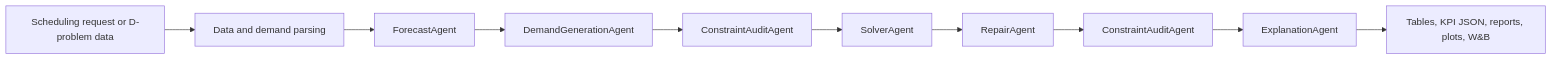
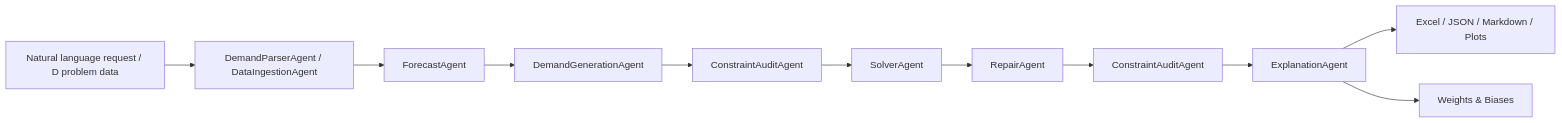
One commit to pypypaoying/ShortHaul-Dispatch-Agent changed the diagram in reports/technical_report.md. Above: the diagram before and after it, drawn with Mermaid. The commit also changed other lines of this file and 1 other file, not shown here.

````diff
--- a/reports/technical_report.md
+++ b/reports/technical_report.md
@@ -30,12 +90,13 @@
 ```mermaid
 flowchart LR
-    A["Scheduling request or D-problem data"] --> B["Data and demand parsing"]
+    A["Natural language request / D problem data"] --> B["DemandParserAgent / DataIngestionAgent"]
     B --> C["ForecastAgent"]
     C --> D["DemandGenerationAgent"]
     D --> E["ConstraintAuditAgent"]
     E --> F["SolverAgent"]
     F --> G["RepairAgent"]
     G --> H["ConstraintAuditAgent"]
     H --> I["ExplanationAgent"]
-    I --> J["Tables, KPI JSON, reports, plots, W&B"]
+    I --> J["Excel / JSON / Markdown / Plots"]
+    I --> K["Weights & Biases"]
 ```
````
